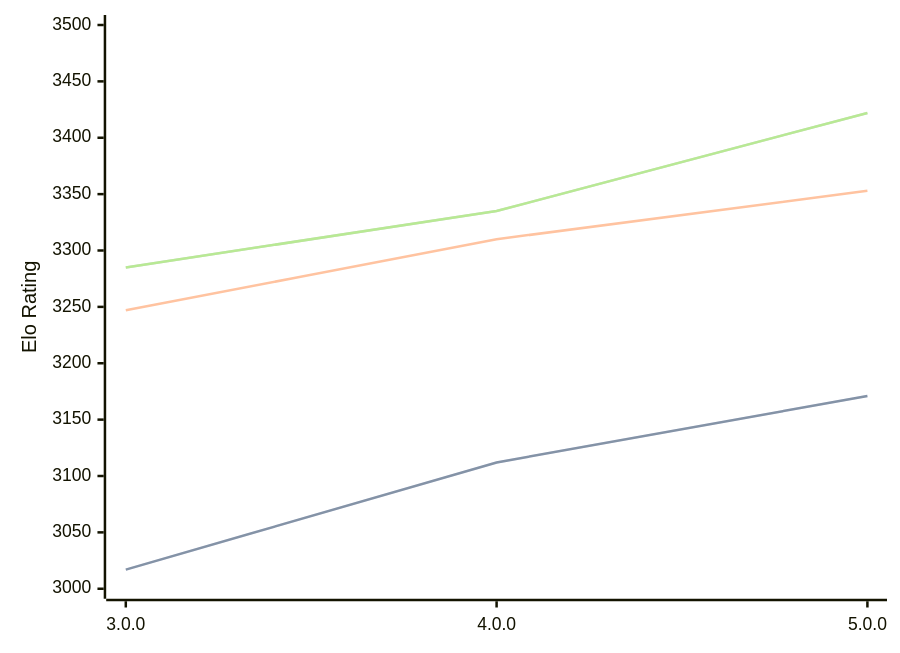
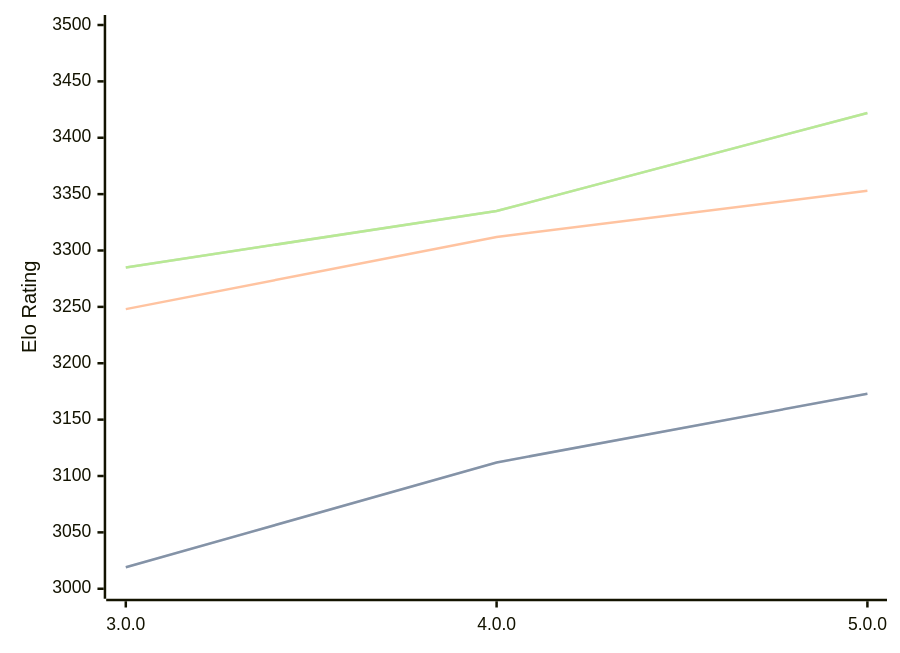
One commit to computer-chess-index/cci changed the diagram in engines/Minke.md. Above: the diagram before and after it, drawn with Mermaid. The commit also changed other lines of this file, not shown here.

````diff
--- a/engines/Minke.md
+++ b/engines/Minke.md
@@ -35,11 +35,11 @@
 ```mermaid
 %%{init: {"theme":"base","themeVariables":{"seriesColors:['#a3a3a3','#222221','#faa371']}}}%%
 xychart-beta
   x-axis ["3.0.0", "4.0.0", "5.0.0"]
   y-axis "Elo Rating" 3000 --> 3500
-  line "STC (8.0+0.08s)" [3017, 3112, 3171]
-  line "STC (8.0+0.08s)" [3017, 3112, 3171]
-  line "LTC (60.0+0.60s)" [3247, 3310, 3353]
+  line "STC (8.0+0.08s)" [3019, 3112, 3173]
+  line "STC (8.0+0.08s)" [3019, 3112, 3173]
+  line "LTC (60.0+0.60s)" [3248, 3312, 3353]
   line "VLTC (2m24s+1.12s)" [3285, 3335, 3422]
   line "VLTC (2m24s+1.12s)" [3285, 3335, 3422]
 ```
````
